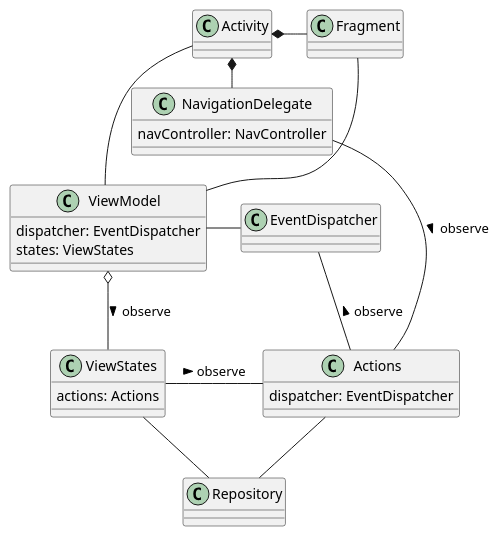
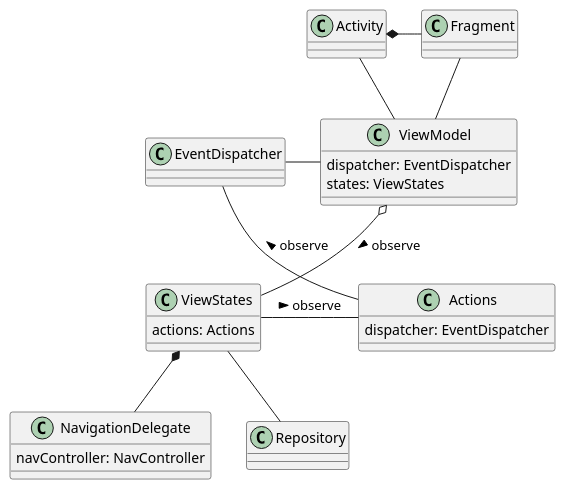
Before and after one commit to akihito104/UdonRoad2: the diagram in docs/class_overview.puml, drawn with PlantUML.

Commit message:
updated class diagram overview

```diff
--- a/docs/class_overview.puml
+++ b/docs/class_overview.puml
@@ -1,36 +1,33 @@
 @startuml
 
 class Activity
 class Fragment
 class ViewModel {
   dispatcher: EventDispatcher
   states: ViewStates
 }
 
 class EventDispatcher 
 class Actions {
   dispatcher: EventDispatcher
 }
 class ViewStates {
   actions: Actions
 }
 class NavigationDelegate {
   navController: NavController
 }
 
 Activity *- Fragment
 Activity -- ViewModel
-Activity *- NavigationDelegate
 Fragment -- ViewModel
 
 EventDispatcher - ViewModel
 EventDispatcher -- Actions : < observe
 
 ViewModel o-- ViewStates : > observe
-Actions - Repository
 
 ViewStates - Actions : > observe
-NavigationDelegate -- Actions : > observe
-
+ViewStates *-- NavigationDelegate
 ViewStates -- Repository
 @enduml
```
